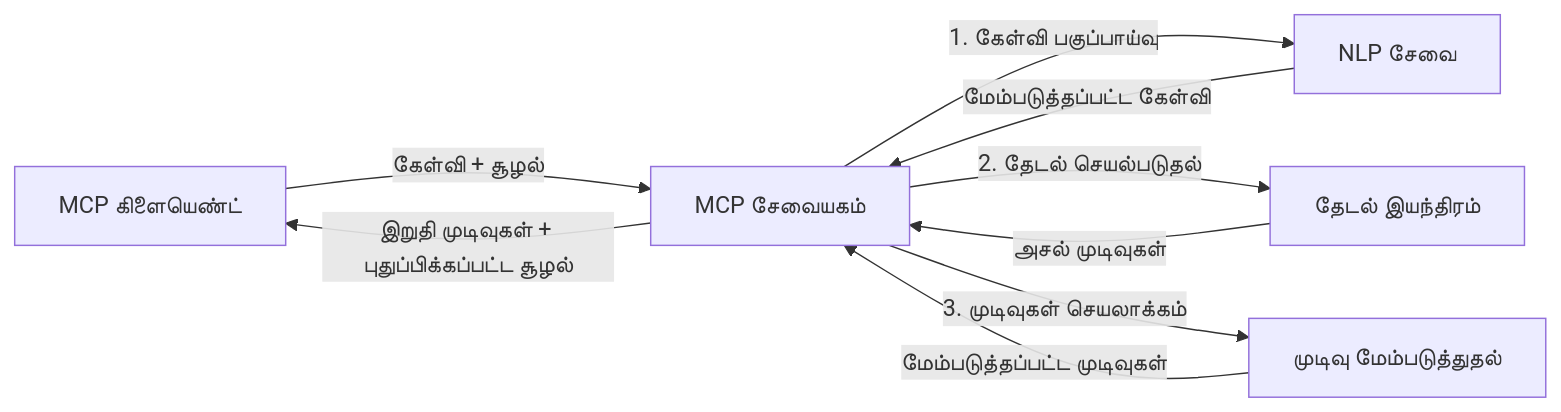
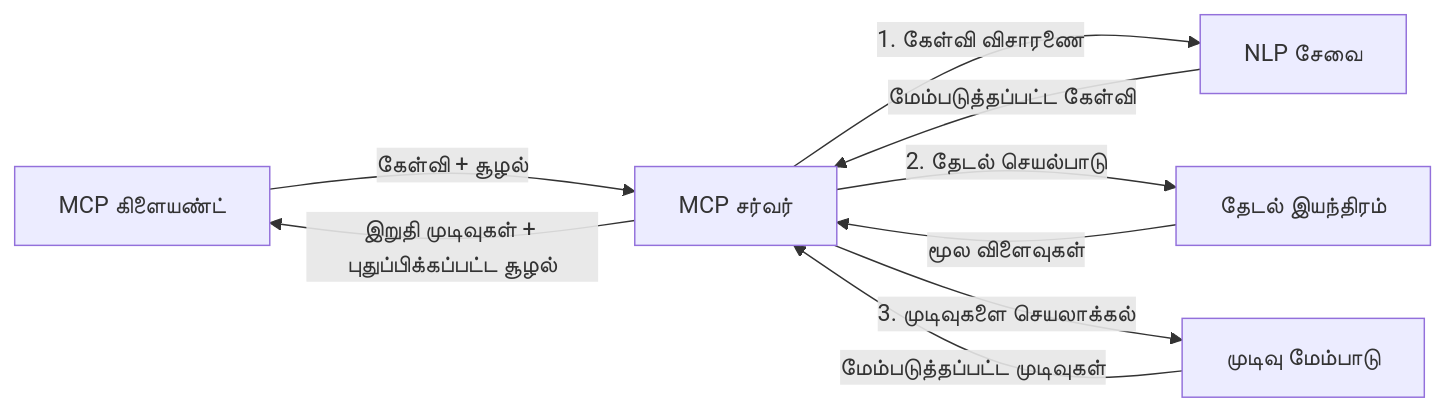
One commit to microsoft/mcp-for-beginners changed the fourth of 4 diagrams in translations/ta/05-AdvancedTopics/mcp-realtimesearch/README.md. Above: the diagram before and after it, drawn with Mermaid. The commit also changed other lines of this file and 138 other files, not shown here.

````diff
--- a/translations/ta/05-AdvancedTopics/mcp-realtimesearch/README.md
+++ b/translations/ta/05-AdvancedTopics/mcp-realtimesearch/README.md
@@ -626,11 +628,11 @@
 ```mermaid
 graph LR
-    Client[MCP கிளையெண்ட்] --> |கேள்வி + சூழல்| Server[MCP சேவையகம்]
-    Server --> |1. கேள்வி பகுப்பாய்வு| NLP[NLP சேவை]
+    Client[MCP கிளையண்ட்] --> |கேள்வி + சூழல்| Server[MCP சர்வர்]
+    Server --> |1. கேள்வி விசாரணை| NLP[NLP சேவை]
     NLP --> |மேம்படுத்தப்பட்ட கேள்வி| Server
-    Server --> |2. தேடல் செயல்படுதல்| Search[தேடல் இயந்திரம்]
-    Search --> |அசல் முடிவுகள்| Server
-    Server --> |3. முடிவுகள் செயலாக்கம்| Enhancement[முடிவு மேம்படுத்துதல்]
+    Server --> |2. தேடல் செயல்பாடு| Search[தேடல் இயந்திரம்]
+    Search --> |மூல விளைவுகள்| Server
+    Server --> |3. முடிவுகளை செயலாக்கல்| Enhancement[முடிவு மேம்பாடு]
     Enhancement --> |மேம்படுத்தப்பட்ட முடிவுகள்| Server
     Server --> |இறுதி முடிவுகள் + புதுப்பிக்கப்பட்ட சூழல்| Client
 ```
````
